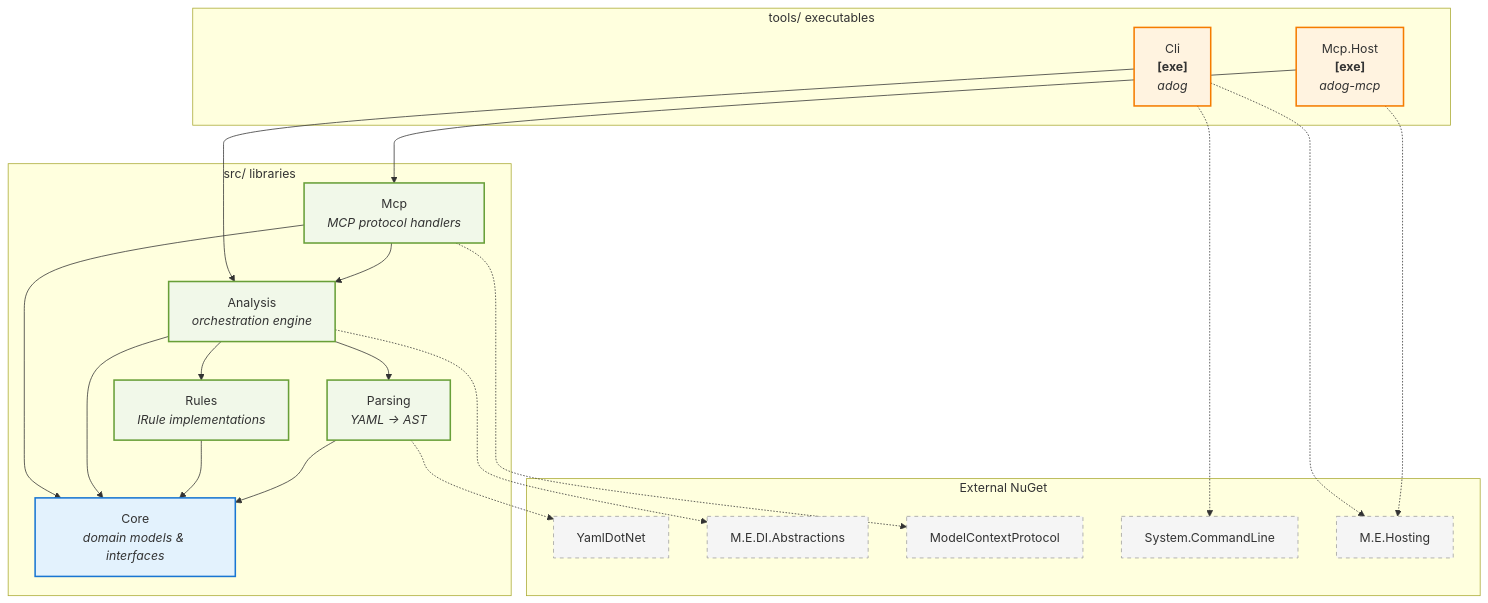
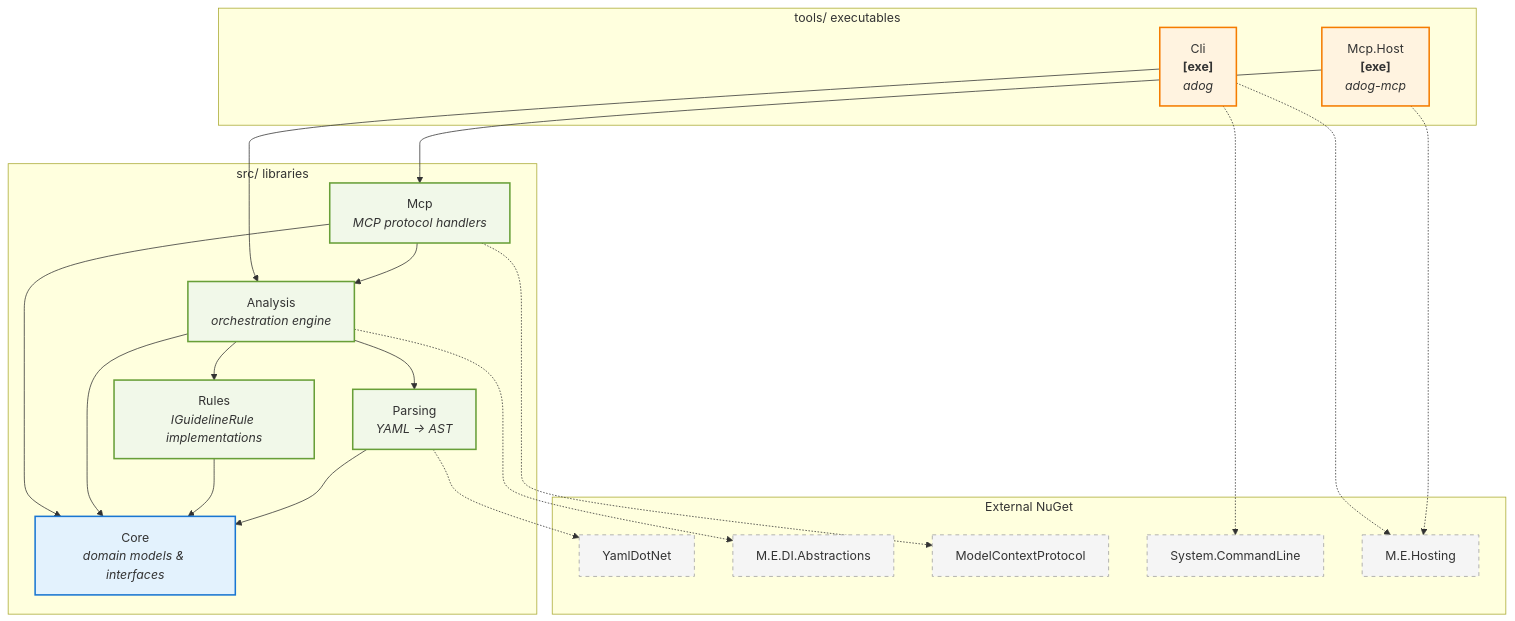
The second of 2 diagrams in AGENTS.md (ruijarimba/azure-pipelines-guidelines-ai-mcp), drawn with Mermaid before and after one commit. The commit also changed other lines of this file and 14 other files, not shown here.

````diff
--- a/AGENTS.md
+++ b/AGENTS.md
@@ -123,49 +124,49 @@
 ```mermaid
 graph TB
     subgraph "src/ libraries"
         Core["Core<br/><i>domain models & interfaces</i>"]
         Parsing["Parsing<br/><i>YAML → AST</i>"]
-        Rules["Rules<br/><i>IRule implementations</i>"]
+        Rules["Rules<br/><i>IGuidelineRule implementations</i>"]
         Analysis["Analysis<br/><i>orchestration engine</i>"]
         Mcp["Mcp<br/><i>MCP protocol handlers</i>"]
     end
 
     subgraph "tools/ executables"
         McpHost["Mcp.Host<br/><b>[exe]</b><br/><i>adog-mcp</i>"]
         Cli["Cli<br/><b>[exe]</b><br/><i>adog</i>"]
     end
 
     subgraph "External NuGet"
         YamlDotNet["YamlDotNet"]
         MEDI["M.E.DI.Abstractions"]
         MCP["ModelContextProtocol"]
         SCL["System.CommandLine"]
         MEH["M.E.Hosting"]
     end
 
     Parsing --> Core
     Parsing -.-> YamlDotNet
     Rules --> Core
     Analysis --> Core
     Analysis --> Parsing
     Analysis --> Rules
     Analysis -.-> MEDI
     Mcp --> Core
     Mcp --> Analysis
     Mcp -.-> MCP
     McpHost --> Mcp
     McpHost -.-> MEH
     Cli --> Analysis
     Cli -.-> SCL
     Cli -.-> MEH
 
     classDef coreLayer fill:#e3f2fd,stroke:#1976d2,stroke-width:2px
     classDef infraLayer fill:#f1f8e9,stroke:#689f38,stroke-width:2px
     classDef toolLayer fill:#fff3e0,stroke:#f57c00,stroke-width:2px
     classDef externalLayer fill:#f5f5f5,stroke:#9e9e9e,stroke-width:1px,stroke-dasharray: 5 5
 
     class Core coreLayer
     class Parsing,Rules,Analysis,Mcp infraLayer
     class McpHost,Cli toolLayer
     class YamlDotNet,MEDI,MCP,SCL,MEH externalLayer
 ```
````
